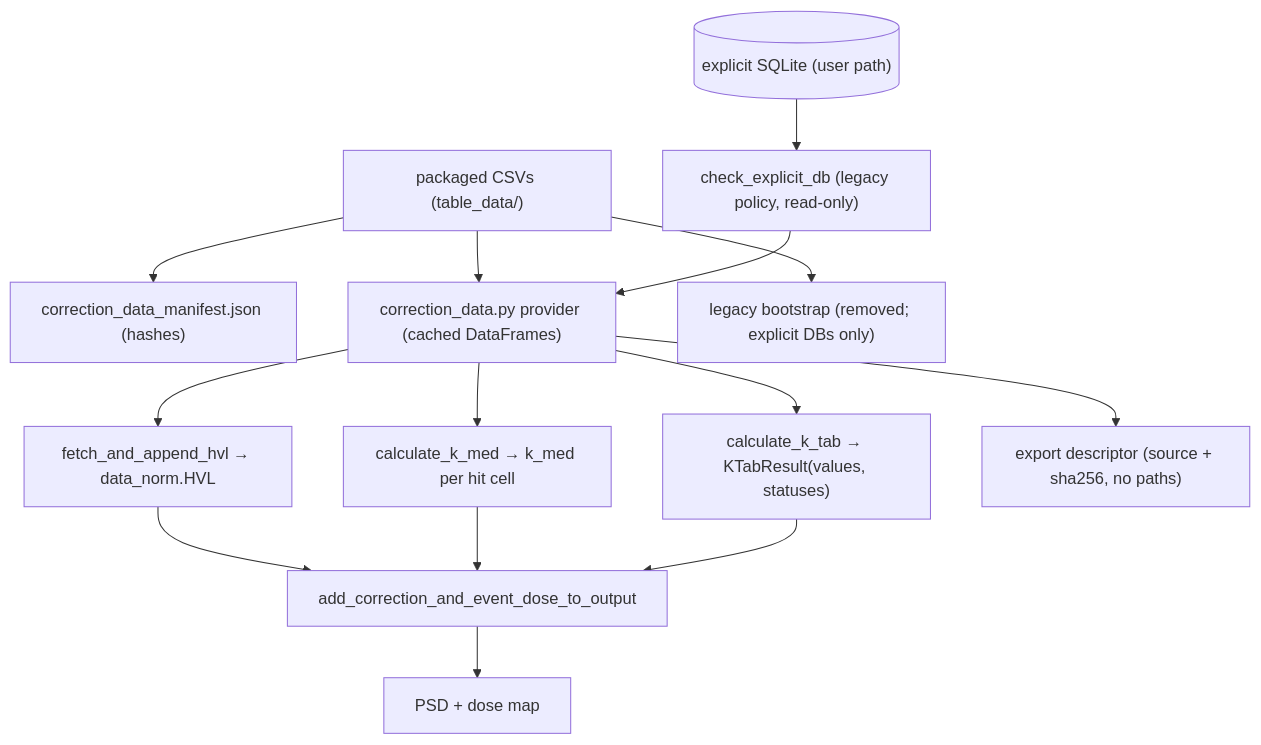
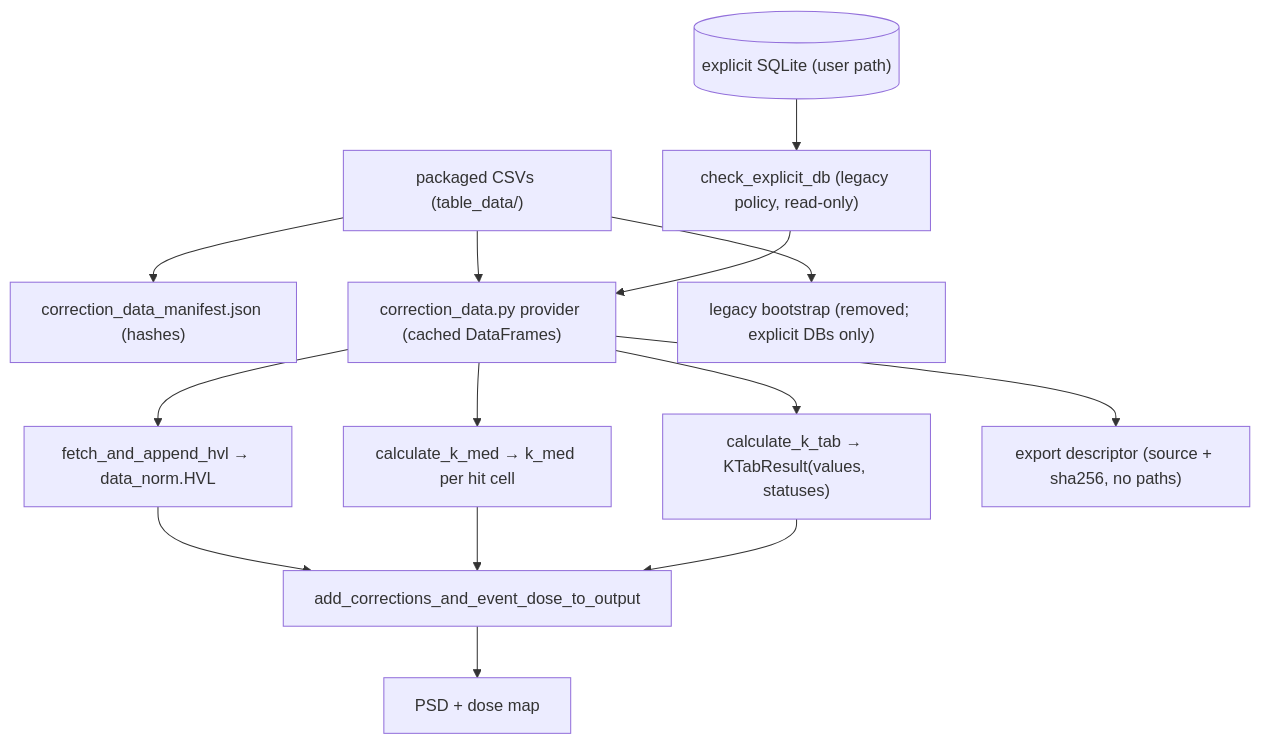
Before and after one commit to kgrizz-git/GUISkinDose: the diagram in dev-docs/CORRECTION_DATA_REFERENCE.md, drawn with Mermaid. The commit also changed other lines of this file and 3 other files, not shown here.

````diff
--- a/dev-docs/CORRECTION_DATA_REFERENCE.md
+++ b/dev-docs/CORRECTION_DATA_REFERENCE.md
@@ -10,16 +10,16 @@
 ```mermaid
 flowchart TD
     CSV["packaged CSVs (table_data/)"] --> MAN["correction_data_manifest.json (hashes)"]
     CSV --> PROV["correction_data.py provider (cached DataFrames)"]
     CSV --> BOOT["legacy bootstrap (removed; explicit DBs only)"]
     EXDB[("explicit SQLite (user path)")] --> VAL["check_explicit_db (legacy policy, read-only)"]
     VAL --> PROV
     PROV --> HVL["fetch_and_append_hvl → data_norm.HVL"]
     PROV --> KMED["calculate_k_med → k_med per hit cell"]
     PROV --> KTAB["calculate_k_tab → KTabResult(values, statuses)"]
-    HVL --> ACC["add_correction_and_event_dose_to_output"]
+    HVL -->     ACC["add_corrections_and_event_dose_to_output"]
     KMED --> ACC
     KTAB --> ACC
     ACC --> PSD["PSD + dose map"]
     PROV --> EXP["export descriptor (source + sha256, no paths)"]
 ```
````
